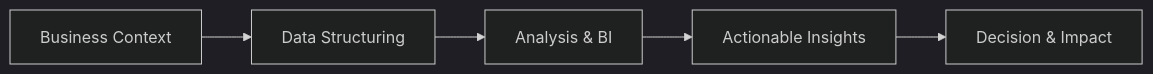
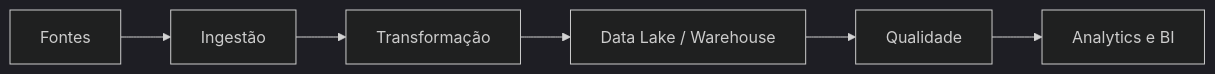
Before and after one commit to SarahZanardi/SarahZanardi: the diagram in README.md, drawn with Mermaid (dark theme). The commit also changed other lines of this file, not shown here.

Commit message:
Improve profile README for data engineering

````diff
--- a/README.md
+++ b/README.md
@@ -44,7 +27,8 @@
 ```mermaid
 flowchart LR
-    A[Business Context] --> B[Data Structuring]
-    B --> C[Analysis & BI]
-    C --> D[Actionable Insights]
-    D --> E[Decision & Impact]
+    A[Fontes] --> B[Ingestão]
+    B --> C[Transformação]
+    C --> D[Data Lake / Warehouse]
+    D --> E[Qualidade]
+    E --> F[Analytics e BI]
 ```
````
